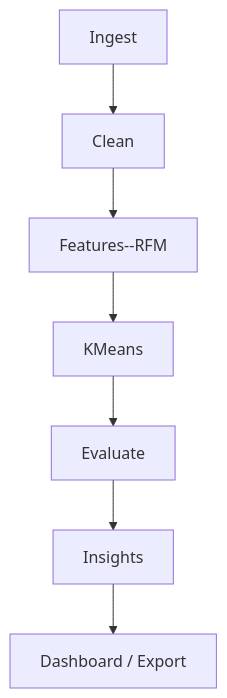
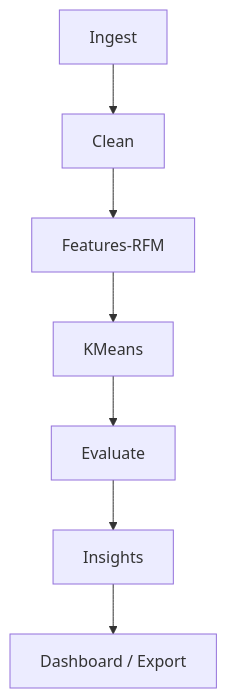
Before and after one commit to ManjitSingh2003/customer-segmentation-clustering-project: the diagram in docs/architecture.md, drawn with Mermaid.

````diff
--- a/docs/architecture.md
+++ b/docs/architecture.md
@@ -12,9 +12,9 @@
 ```mermaid
 flowchart TD
   A[Ingest] --> B[Clean];
-  B --> C[Features--RFM];
+  B --> C[Features-RFM];
   C --> D[KMeans];
   D --> E[Evaluate];
   E --> F[Insights];
   F --> G[Dashboard / Export];
 ```
````
